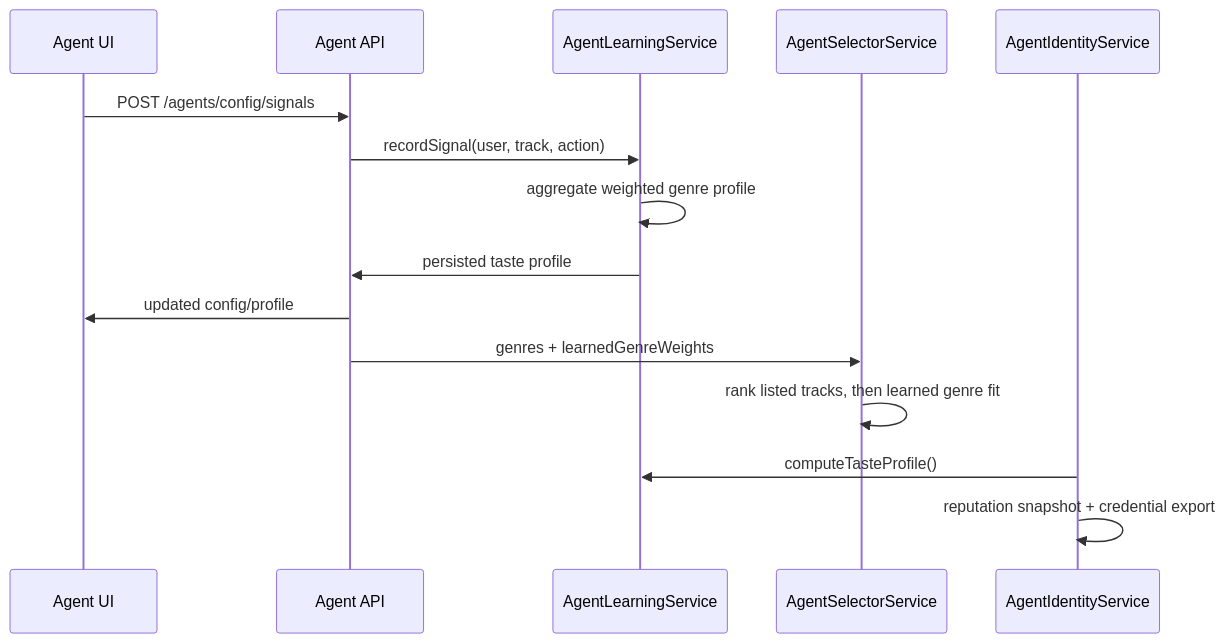
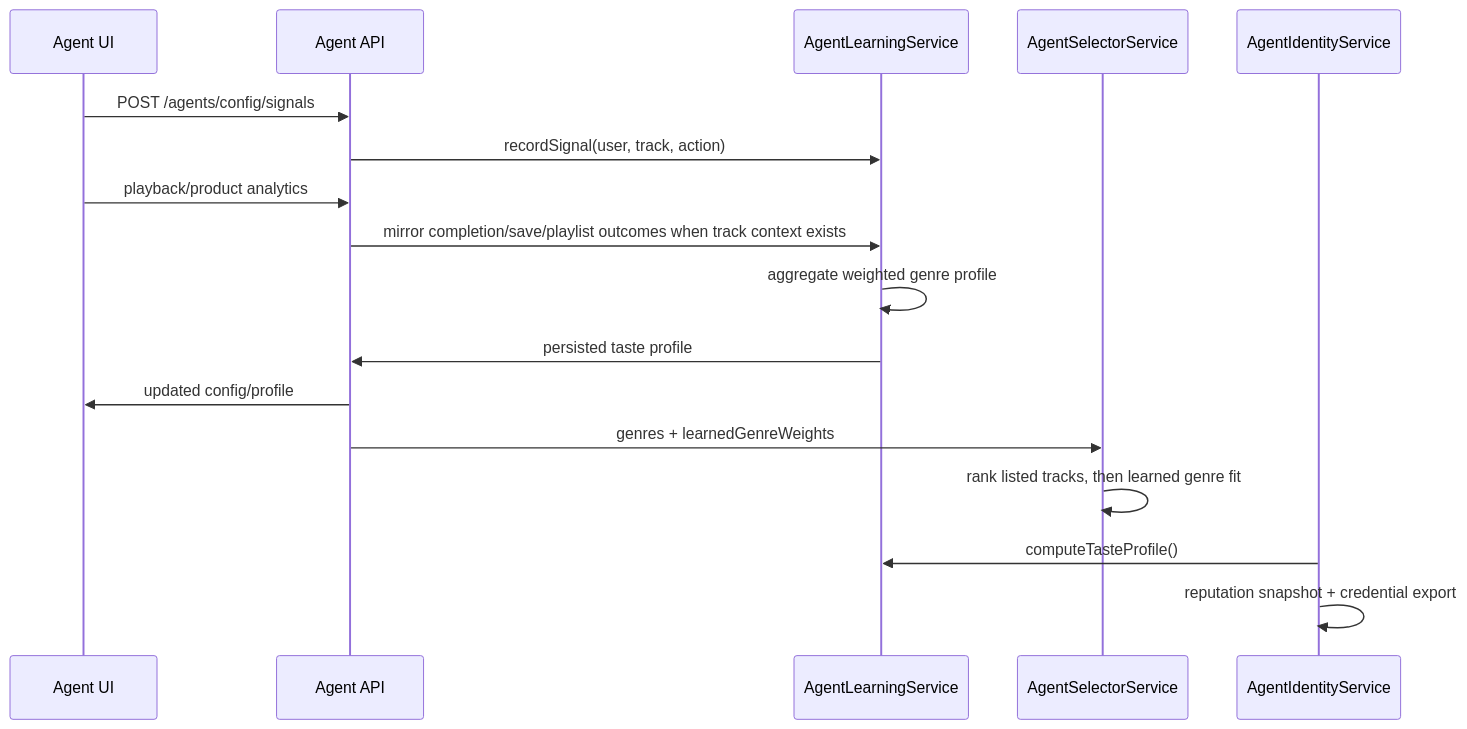
Before and after one commit to akoita/resonate: the diagram in docs/architecture/agent_learning_loop.md, drawn with Mermaid. The commit also changed other lines of this file and 19 other files, not shown here.

````diff
--- a/docs/architecture/agent_learning_loop.md
+++ b/docs/architecture/agent_learning_loop.md
@@ -30,18 +44,20 @@
 ```mermaid
 sequenceDiagram
   participant UI as Agent UI
   participant API as Agent API
   participant Learn as AgentLearningService
   participant Selector as AgentSelectorService
   participant Identity as AgentIdentityService
 
   UI->>API: POST /agents/config/signals
   API->>Learn: recordSignal(user, track, action)
+  UI->>API: playback/product analytics
+  API->>Learn: mirror completion/save/playlist outcomes when track context exists
   Learn->>Learn: aggregate weighted genre profile
   Learn->>API: persisted taste profile
   API->>UI: updated config/profile
   API->>Selector: genres + learnedGenreWeights
   Selector->>Selector: rank listed tracks, then learned genre fit
   Identity->>Learn: computeTasteProfile()
   Identity->>Identity: reputation snapshot + credential export
 ```
````
